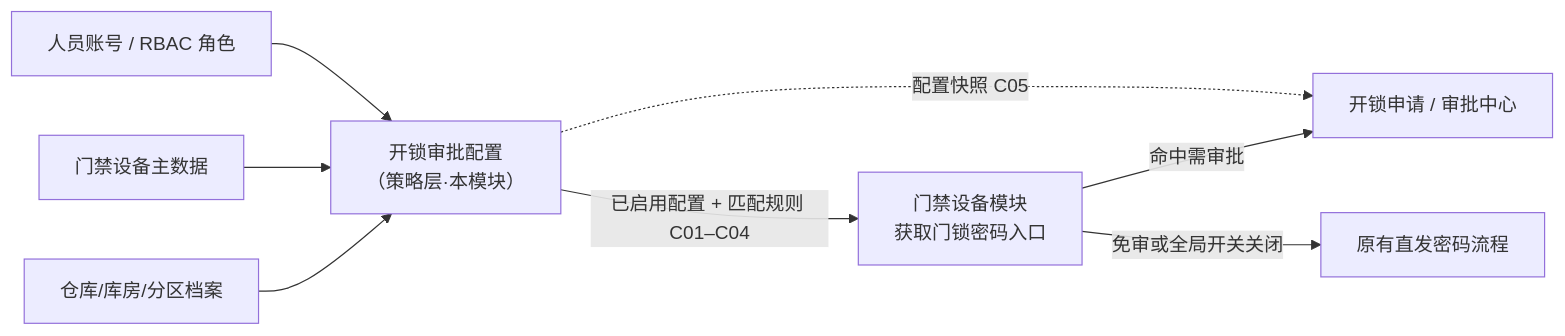
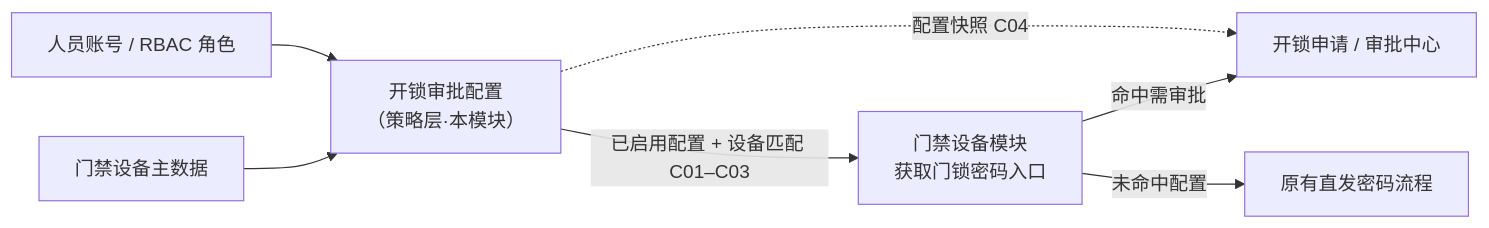
The first of 2 diagrams in 02-PRD文档/B-迭代需求/6.2版本（2026.08）/06-门禁开锁审批/01-审批配置/门禁开锁审批配置主PRD.md (RobertHuang999/SYZC), drawn with Mermaid before and after one commit. The commit also changed other lines of this file and 129 other files, not shown here.

````diff
--- a/02-PRD文档/B-迭代需求/6.2版本（2026.08）/06-门禁开锁审批/01-审批配置/门禁开锁审批配置主PRD.md
+++ b/02-PRD文档/B-迭代需求/6.2版本（2026.08）/06-门禁开锁审批/01-审批配置/门禁开锁审批配置主PRD.md
@@ -99,10 +103,9 @@
 ```mermaid
 flowchart LR
-    A["仓库/库房/分区档案"] --> B["开锁审批配置<br/>（策略层·本模块）"]
-    C["门禁设备主数据"] --> B
-    D["人员账号 / RBAC 角色"] --> B
-    B -->|"已启用配置 + 匹配规则 C01–C04"| E["门禁设备模块<br/>获取门锁密码入口"]
-    E -->|"命中需审批"| F["开锁申请 / 审批中心"]
-    E -->|"免审或全局开关关闭"| G["原有直发密码流程"]
-    B -.->|"配置快照 C05"| F
+    A["门禁设备主数据"] --> B["开锁审批配置<br/>（策略层·本模块）"]
+    C["人员账号 / RBAC 角色"] --> B
+    B -->|"已启用配置 + 设备匹配 C01–C03"| D["门禁设备模块<br/>获取门锁密码入口"]
+    D -->|"命中需审批"| E["开锁申请 / 审批中心"]
+    D -->|"未命中配置"| F["原有直发密码流程"]
+    B -.->|"配置快照 C04"| E
 ```
````
